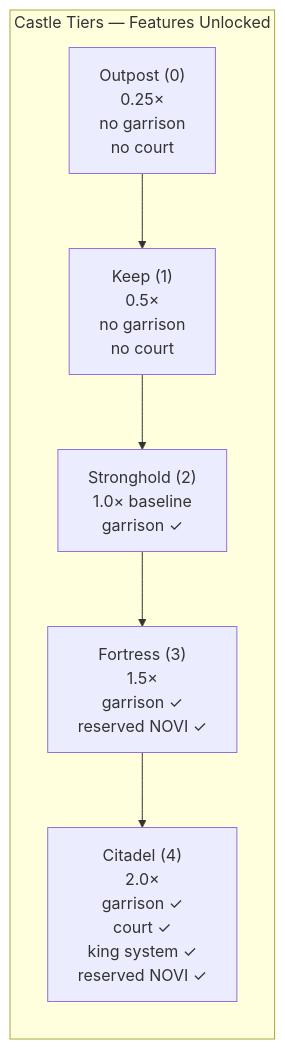
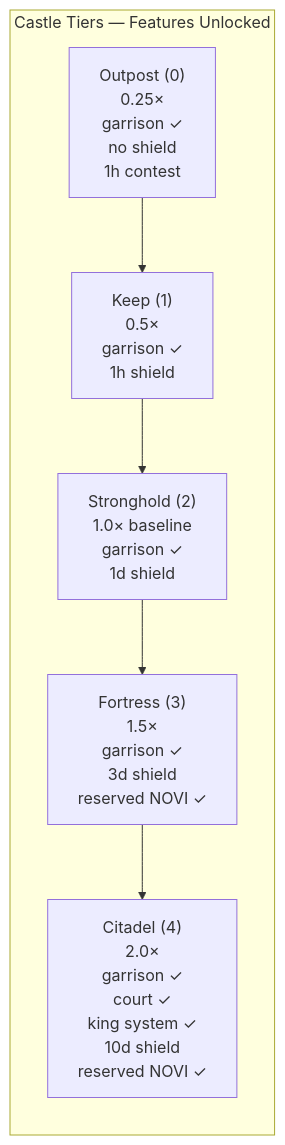
The second of 12 diagrams in docs/onchain/04-systems/castle.md (crypt0miester/novus-mundus), drawn with Mermaid before and after one commit. The commit also changed other lines of this file and 26 other files, not shown here.

Commit message:
Castles: tier-scaled protection/contest, uniform garrison, finalize registry fix, faster crank; docs and tests updated

````diff
--- a/docs/onchain/04-systems/castle.md
+++ b/docs/onchain/04-systems/castle.md
@@ -85,11 +85,11 @@
 ```mermaid
 graph LR
     subgraph "Castle Tiers — Features Unlocked"
-        O["Outpost (0)<br/>0.25×<br/>no garrison<br/>no court"]
-        K["Keep (1)<br/>0.5×<br/>no garrison<br/>no court"]
-        S["Stronghold (2)<br/>1.0× baseline<br/>garrison ✓"]
-        F["Fortress (3)<br/>1.5×<br/>garrison ✓<br/>reserved NOVI ✓"]
-        C["Citadel (4)<br/>2.0×<br/>garrison ✓<br/>court ✓<br/>king system ✓<br/>reserved NOVI ✓"]
+        O["Outpost (0)<br/>0.25×<br/>garrison ✓<br/>no shield<br/>1h contest"]
+        K["Keep (1)<br/>0.5×<br/>garrison ✓<br/>1h shield"]
+        S["Stronghold (2)<br/>1.0× baseline<br/>garrison ✓<br/>1d shield"]
+        F["Fortress (3)<br/>1.5×<br/>garrison ✓<br/>3d shield<br/>reserved NOVI ✓"]
+        C["Citadel (4)<br/>2.0×<br/>garrison ✓<br/>court ✓<br/>king system ✓<br/>10d shield<br/>reserved NOVI ✓"]
         O --> K --> S --> F --> C
     end
 ```
````
